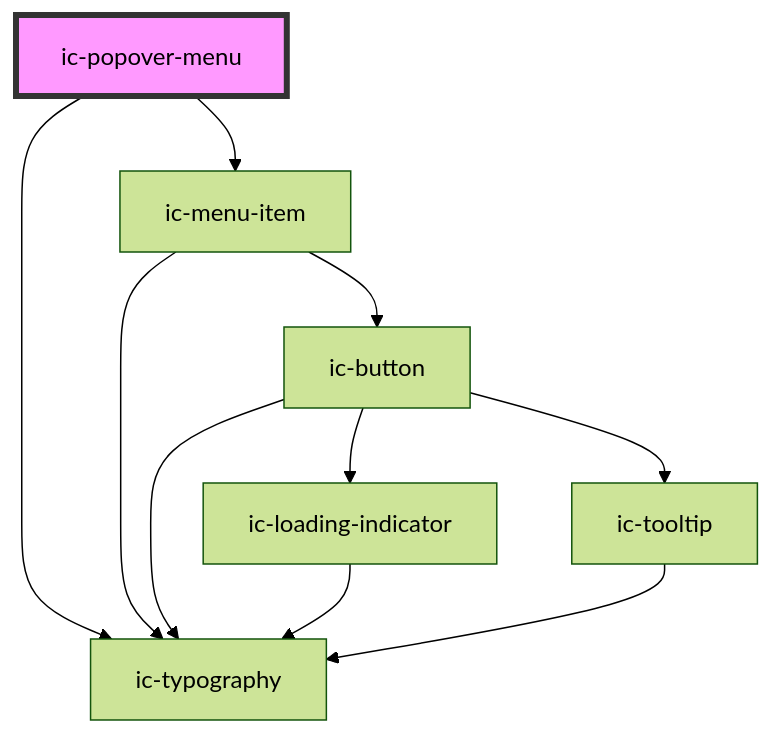
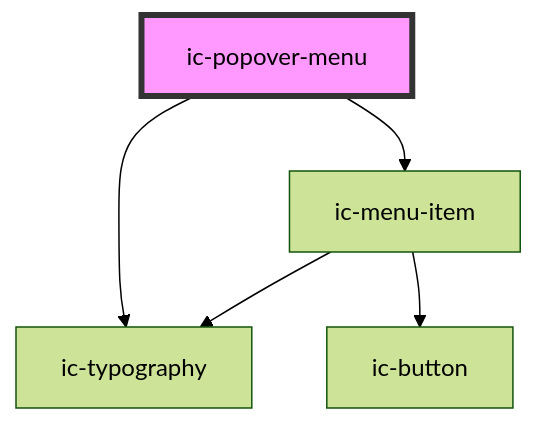
Before and after one commit to mi6/ic-ui-kit: the diagram in packages/web-components/src/components/ic-popover-menu/readme.md, drawn with Mermaid (forest theme). The commit also changed other lines of this file and 13 other files, not shown here.

````diff
--- a/packages/web-components/src/components/ic-popover-menu/readme.md
+++ b/packages/web-components/src/components/ic-popover-menu/readme.md
@@ -43,13 +44,8 @@
 ```mermaid
 graph TD;
   ic-popover-menu --> ic-menu-item
   ic-popover-menu --> ic-typography
   ic-menu-item --> ic-typography
   ic-menu-item --> ic-button
-  ic-button --> ic-typography
-  ic-button --> ic-loading-indicator
-  ic-button --> ic-tooltip
-  ic-loading-indicator --> ic-typography
-  ic-tooltip --> ic-typography
   style ic-popover-menu fill:#f9f,stroke:#333,stroke-width:4px
 ```
````
